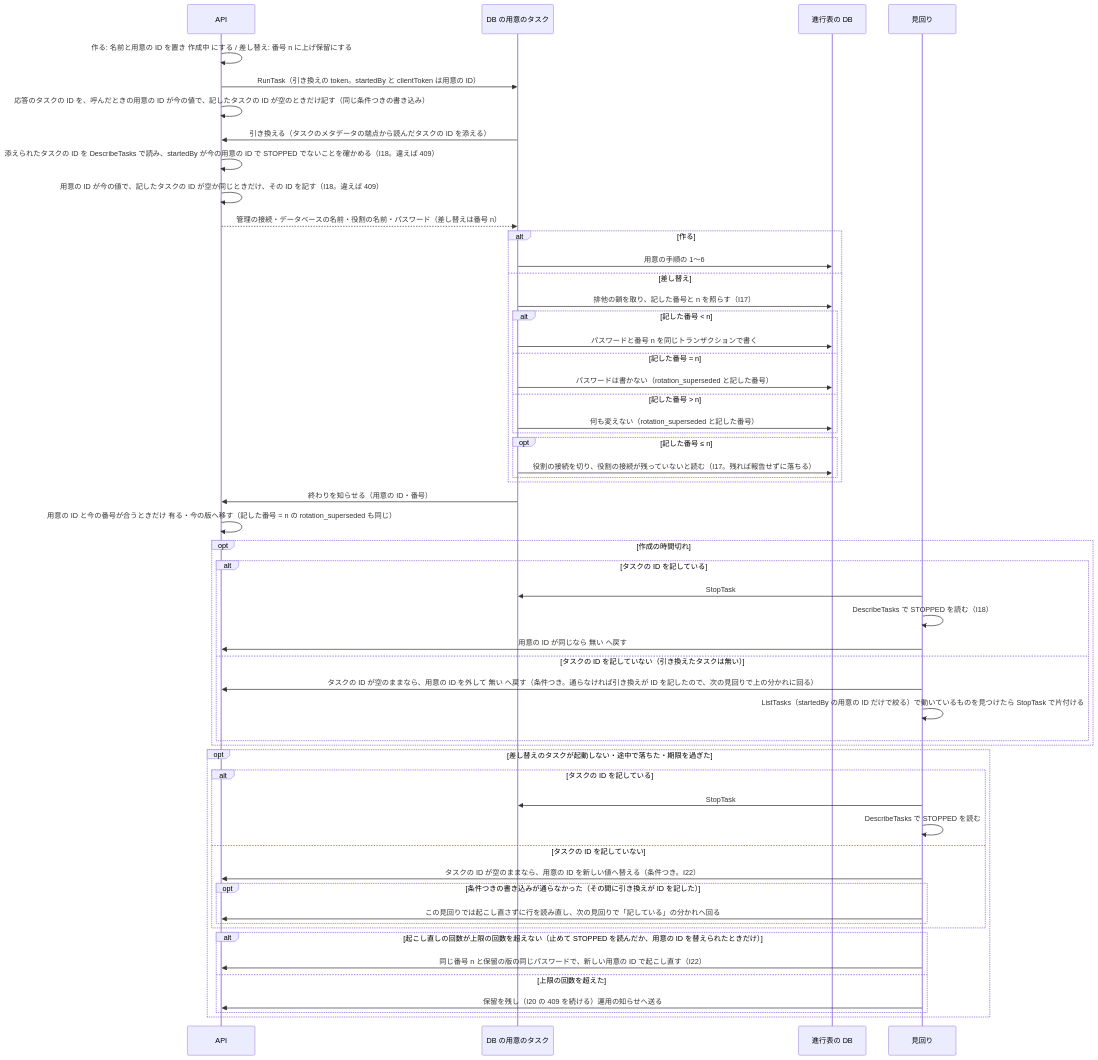
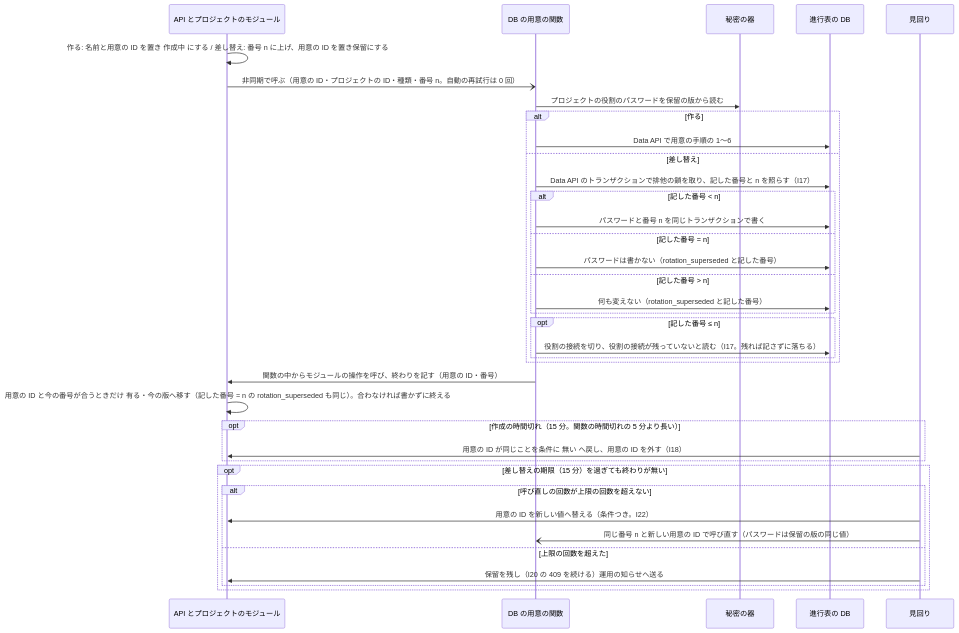
The second of 2 diagrams in docs/design/data.md (devbasex/nd-factory), drawn with Mermaid before and after one commit. The commit also changed other lines of this file and 7 other files, not shown here.

First line of the commit message:
Docs: 進行表の DB の用意を ECS のタスクから RDS Data API を使う Lambda「DB の用意の関数」へ移す（#13）

````diff
--- a/docs/design/data.md
+++ b/docs/design/data.md
@@ -243,57 +242,39 @@
 ```mermaid
 sequenceDiagram
-    participant API as API
-    participant TK as DB の用意のタスク
+    participant API as API とプロジェクトのモジュール
+    participant FN as DB の用意の関数
+    participant SM as 秘密の器
     participant DB as 進行表の DB
     participant PT as 見回り
-    API->>API: 作る: 名前と用意の ID を置き 作成中 にする / 差し替え: 番号 n に上げ保留にする
-    API->>TK: RunTask（引き換えの token。startedBy と clientToken は用意の ID）
-    API->>API: 応答のタスクの ID を、呼んだときの用意の ID が今の値で、記したタスクの ID が空のときだけ記す（同じ条件つきの書き込み）
-    TK->>API: 引き換える（タスクのメタデータの端点から読んだタスクの ID を添える）
-    API->>API: 添えられたタスクの ID を DescribeTasks で読み、startedBy が今の用意の ID で STOPPED でないことを確かめる（I18。違えば 409）
-    API->>API: 用意の ID が今の値で、記したタスクの ID が空か同じときだけ、その ID を記す（I18。違えば 409）
-    API-->>TK: 管理の接続・データベースの名前・役割の名前・パスワード（差し替えは番号 n）
+    API->>API: 作る: 名前と用意の ID を置き 作成中 にする / 差し替え: 番号 n に上げ、用意の ID を置き保留にする
+    API-)FN: 非同期で呼ぶ（用意の ID・プロジェクトの ID・種類・番号 n。自動の再試行は 0 回）
+    FN->>SM: プロジェクトの役割のパスワードを保留の版から読む
     alt 作る
-        TK->>DB: 用意の手順の 1〜6
+        FN->>DB: Data API で用意の手順の 1〜6
     else 差し替え
-        TK->>DB: 排他の鎖を取り、記した番号と n を照らす（I17）
+        FN->>DB: Data API のトランザクションで排他の鎖を取り、記した番号と n を照らす（I17）
         alt 記した番号 < n
-            TK->>DB: パスワードと番号 n を同じトランザクションで書く
+            FN->>DB: パスワードと番号 n を同じトランザクションで書く
         else 記した番号 = n
-            TK->>DB: パスワードは書かない（rotation_superseded と記した番号）
+            FN->>DB: パスワードは書かない（rotation_superseded と記した番号）
         else 記した番号 > n
-            TK->>DB: 何も変えない（rotation_superseded と記した番号）
+            FN->>DB: 何も変えない（rotation_superseded と記した番号）
         end
         opt 記した番号 ≤ n
-            TK->>DB: 役割の接続を切り、役割の接続が残っていないと読む（I17。残れば報告せずに落ちる）
+            FN->>DB: 役割の接続を切り、役割の接続が残っていないと読む（I17。残れば記さずに落ちる）
         end
     end
-    TK->>API: 終わりを知らせる（用意の ID・番号）
-    API->>API: 用意の ID と今の番号が合うときだけ 有る・今の版へ移す（記した番号 = n の rotation_superseded も同じ）
-    opt 作成の時間切れ
-        alt タスクの ID を記している
-            PT->>TK: StopTask
-            PT->>PT: DescribeTasks で STOPPED を読む（I18）
-            PT->>API: 用意の ID が同じなら 無い へ戻す
-        else タスクの ID を記していない（引き換えたタスクは無い）
-            PT->>API: タスクの ID が空のままなら、用意の ID を外して 無い へ戻す（条件つき。通らなければ引き換えが ID を記したので、次の見回りで上の分かれに回る）
-            PT->>PT: ListTasks（startedBy の用意の ID だけで絞る）で動いているものを見つけたら StopTask で片付ける
-        end
+    FN->>API: 関数の中からモジュールの操作を呼び、終わりを記す（用意の ID・番号）
+    API->>API: 用意の ID と今の番号が合うときだけ 有る・今の版へ移す（記した番号 = n の rotation_superseded も同じ）。合わなければ書かずに終える
+    opt 作成の時間切れ（15 分。関数の時間切れの 5 分より長い）
+        PT->>API: 用意の ID が同じことを条件に 無い へ戻し、用意の ID を外す（I18）
     end
-    opt 差し替えのタスクが起動しない・途中で落ちた・期限を過ぎた
-        alt タスクの ID を記している
-            PT->>TK: StopTask
-            PT->>PT: DescribeTasks で STOPPED を読む
-        else タスクの ID を記していない
-            PT->>API: タスクの ID が空のままなら、用意の ID を新しい値へ替える（条件つき。I22）
-            opt 条件つきの書き込みが通らなかった（その間に引き換えが ID を記した）
-                PT->>API: この見回りでは起こし直さずに行を読み直し、次の見回りで「記している」の分かれへ回る
-            end
-        end
-        alt 起こし直しの回数が上限の回数を超えない（止めて STOPPED を読んだか、用意の ID を替えられたときだけ）
-            PT->>API: 同じ番号 n と保留の版の同じパスワードで、新しい用意の ID で起こし直す（I22）
+    opt 差し替えの期限（15 分）を過ぎても終わりが無い
+        alt 呼び直しの回数が上限の回数を超えない
+            PT->>API: 用意の ID を新しい値へ替える（条件つき。I22）
+            PT-)FN: 同じ番号 n と新しい用意の ID で呼び直す（パスワードは保留の版の同じ値）
         else 上限の回数を超えた
             PT->>API: 保留を残し（I20 の 409 を続ける）運用の知らせへ送る
         end
     end
 ```
````
